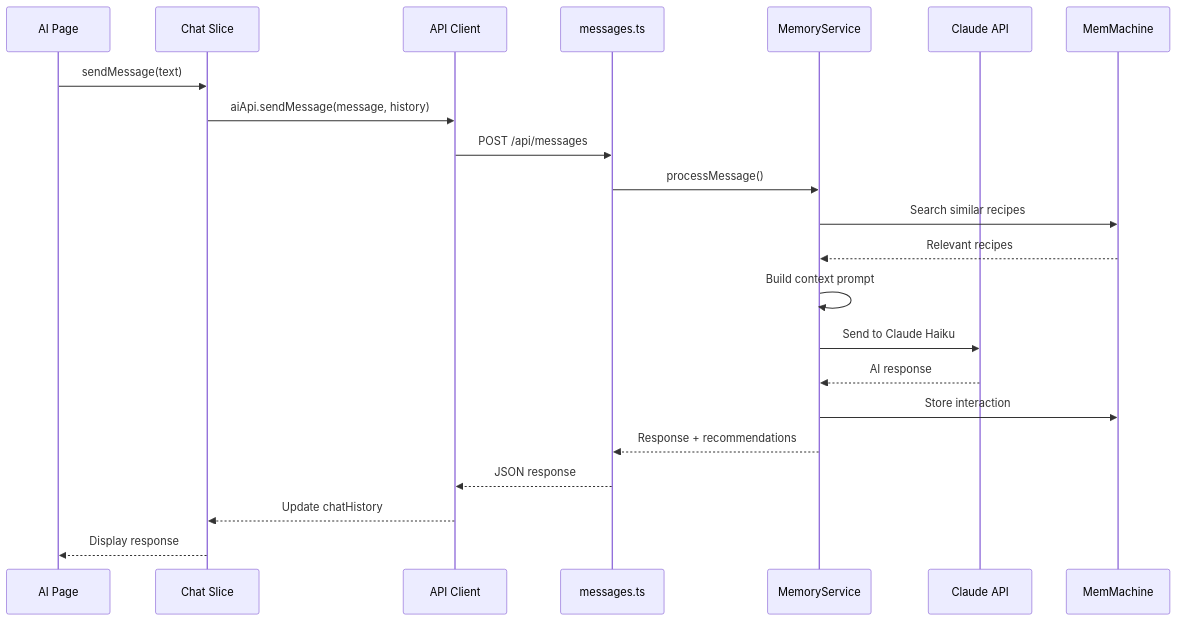
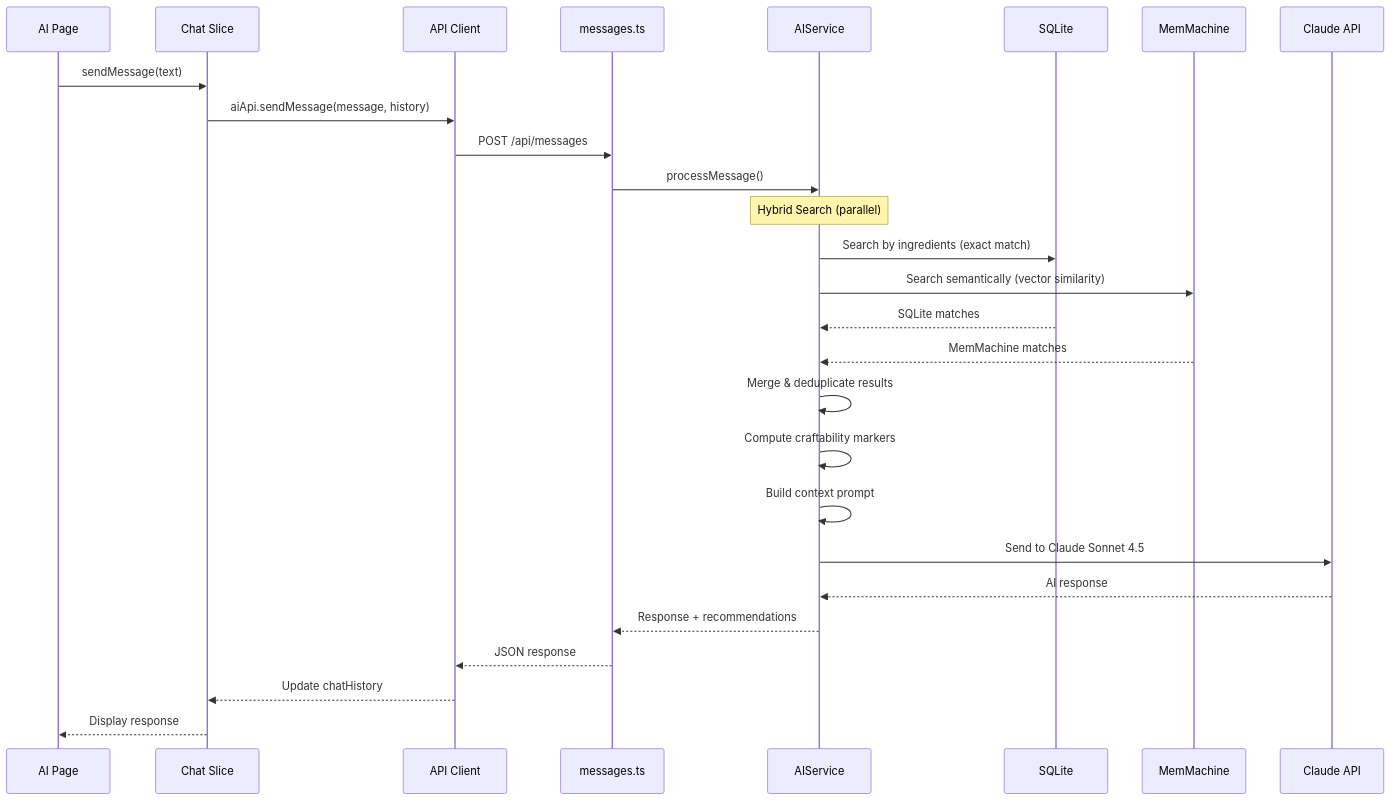
The tenth of 12 diagrams in Documentation/ARCHITECTURE.md (JLawMcGraw/alchemix), drawn with Mermaid before and after one commit. The commit also changed other lines of this file and 13 other files, not shown here.

First line of the commit message:
feat(ai): hybrid search + docs overhaul

````diff
--- a/Documentation/ARCHITECTURE.md
+++ b/Documentation/ARCHITECTURE.md
@@ -688,28 +696,33 @@
 ```mermaid
 sequenceDiagram
     participant UI as AI Page
     participant Store as Chat Slice
     participant API as API Client
     participant Route as messages.ts
-    participant Memory as MemoryService
+    participant AISvc as AIService
+    participant DB as SQLite
+    participant MM as MemMachine
     participant Claude as Claude API
-    participant MM as MemMachine
 
     UI->>Store: sendMessage(text)
     Store->>API: aiApi.sendMessage(message, history)
     API->>Route: POST /api/messages
-    Route->>Memory: processMessage()
+    Route->>AISvc: processMessage()
 
-    Memory->>MM: Search similar recipes
-    MM-->>Memory: Relevant recipes
+    Note over AISvc: Hybrid Search (parallel)
+    AISvc->>DB: Search by ingredients (exact match)
+    AISvc->>MM: Search semantically (vector similarity)
+    DB-->>AISvc: SQLite matches
+    MM-->>AISvc: MemMachine matches
 
-    Memory->>Memory: Build context prompt
-    Memory->>Claude: Send to Claude Haiku
-    Claude-->>Memory: AI response
+    AISvc->>AISvc: Merge & deduplicate results
+    AISvc->>AISvc: Compute craftability markers
+    AISvc->>AISvc: Build context prompt
+    AISvc->>Claude: Send to Claude Sonnet 4.5
+    Claude-->>AISvc: AI response
 
-    Memory->>MM: Store interaction
-    Memory-->>Route: Response + recommendations
+    AISvc-->>Route: Response + recommendations
     Route-->>API: JSON response
     API-->>Store: Update chatHistory
     Store-->>UI: Display response
 ```
````
